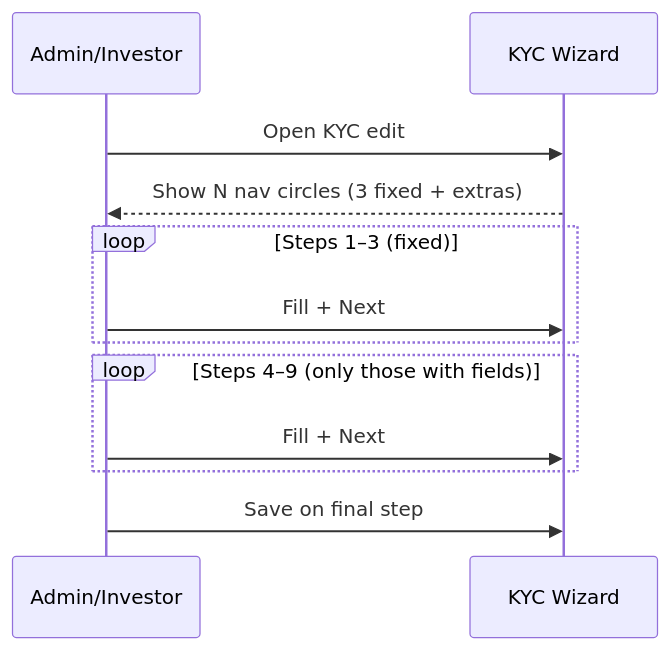
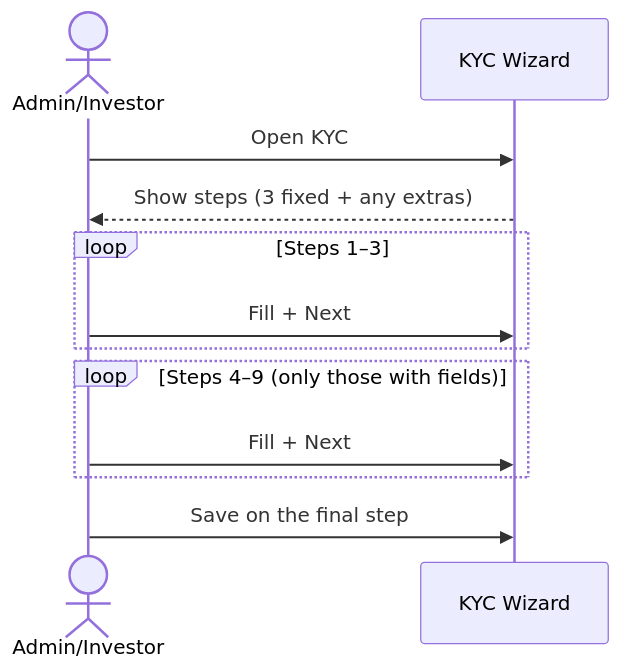
Before and after one commit to sampadadiwan/IRM_CompanyMain: the third of 4 diagrams in docs/user_guides/custom_fields_user_guide.md, drawn with Mermaid. The commit also changed other lines of this file and 21 other files, not shown here.

````diff
--- a/docs/user_guides/custom_fields_user_guide.md
+++ b/docs/user_guides/custom_fields_user_guide.md
@@ -198,15 +176,15 @@
 ```mermaid
 sequenceDiagram
-    participant A as Admin/Investor
+    actor A as Admin/Investor
     participant W as KYC Wizard
 
-    A->>W: Open KYC edit
-    W-->>A: Show N nav circles (3 fixed + extras)
-    loop Steps 1–3 (fixed)
+    A->>W: Open KYC
+    W-->>A: Show steps (3 fixed + any extras)
+    loop Steps 1–3
         A->>W: Fill + Next
     end
     loop Steps 4–9 (only those with fields)
         A->>W: Fill + Next
     end
-    A->>W: Save on final step
+    A->>W: Save on the final step
 ```
````
